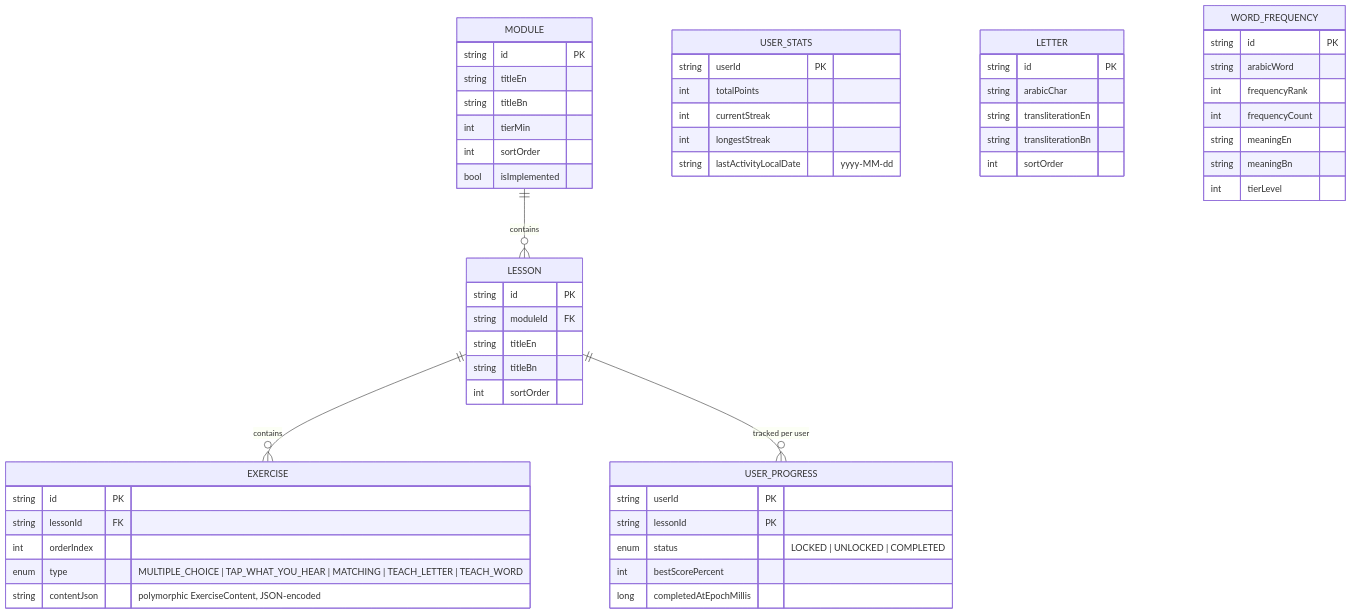
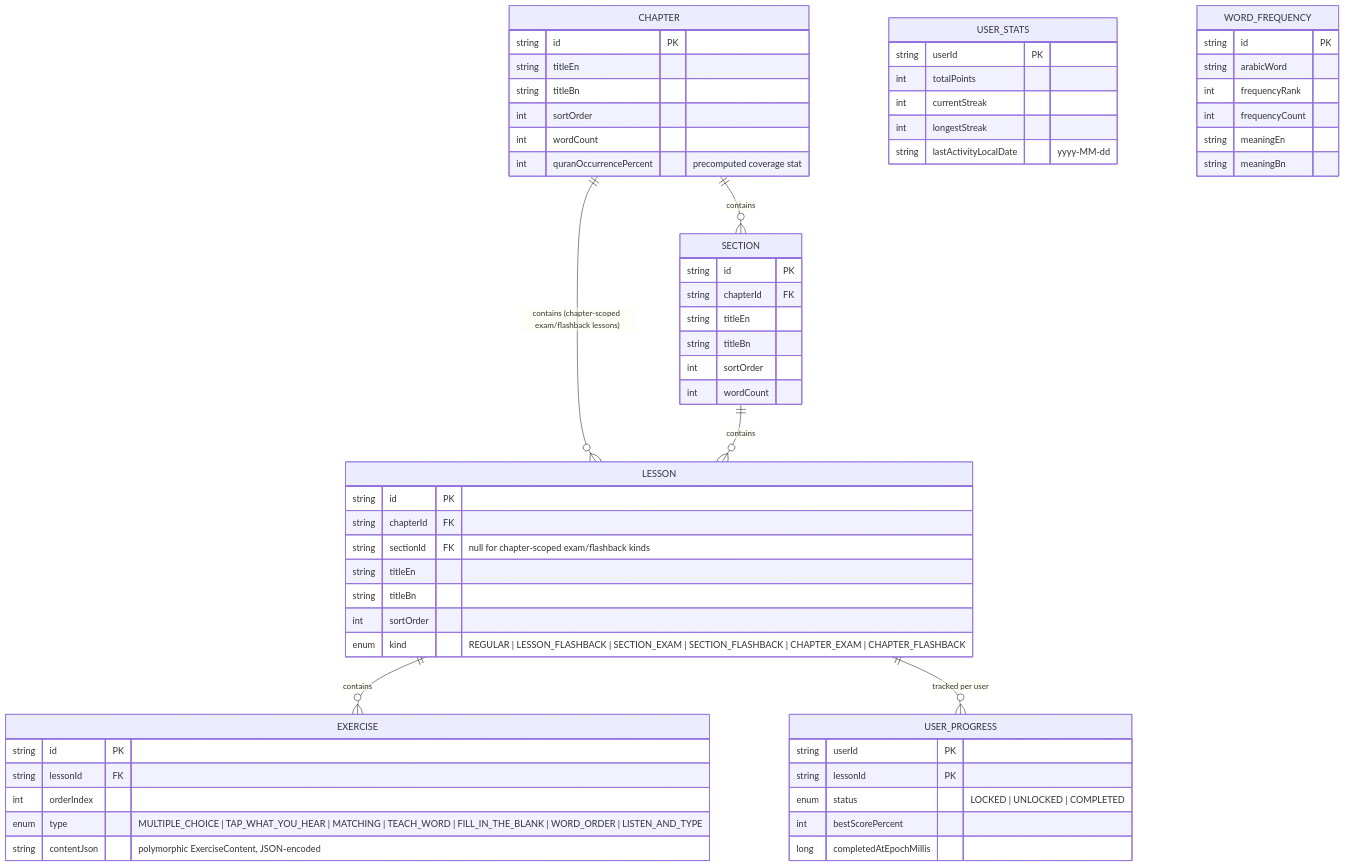
The first of 2 diagrams in docs/DATA_MODEL.md (deanybytes/QuranicWords), drawn with Mermaid before and after one commit. The commit also changed other lines of this file and 44 other files, not shown here.

First line of the commit message:
Rebrand as standalone project; restructure content into chapter/section/lesson tree

````diff
--- a/docs/DATA_MODEL.md
+++ b/docs/DATA_MODEL.md
@@ -7,58 +9,62 @@
 ```mermaid
 erDiagram
-    MODULE ||--o{ LESSON : contains
+    CHAPTER ||--o{ SECTION : contains
+    CHAPTER ||--o{ LESSON : "contains (chapter-scoped exam/flashback lessons)"
+    SECTION ||--o{ LESSON : contains
     LESSON ||--o{ EXERCISE : contains
     LESSON ||--o{ USER_PROGRESS : "tracked per user"
     USER_STATS {
         string userId PK
         int totalPoints
         int currentStreak
         int longestStreak
         string lastActivityLocalDate "yyyy-MM-dd"
     }
-    MODULE {
+    CHAPTER {
         string id PK
         string titleEn
         string titleBn
-        int tierMin
         int sortOrder
-        bool isImplemented
+        int wordCount
+        int quranOccurrencePercent "precomputed coverage stat"
+    }
+    SECTION {
+        string id PK
+        string chapterId FK
+        string titleEn
+        string titleBn
+        int sortOrder
+        int wordCount
     }
     LESSON {
         string id PK
-        string moduleId FK
+        string chapterId FK
+        string sectionId FK "null for chapter-scoped exam/flashback kinds"
         string titleEn
         string titleBn
         int sortOrder
+        enum kind "REGULAR | LESSON_FLASHBACK | SECTION_EXAM | SECTION_FLASHBACK | CHAPTER_EXAM | CHAPTER_FLASHBACK"
     }
     EXERCISE {
         string id PK
         string lessonId FK
         int orderIndex
-        enum type "MULTIPLE_CHOICE | TAP_WHAT_YOU_HEAR | MATCHING | TEACH_LETTER | TEACH_WORD"
+        enum type "MULTIPLE_CHOICE | TAP_WHAT_YOU_HEAR | MATCHING | TEACH_WORD | FILL_IN_THE_BLANK | WORD_ORDER | LISTEN_AND_TYPE"
         string contentJson "polymorphic ExerciseContent, JSON-encoded"
     }
     USER_PROGRESS {
         string userId PK
         string lessonId PK
         enum status "LOCKED | UNLOCKED | COMPLETED"
         int bestScorePercent
         long completedAtEpochMillis
     }
-    LETTER {
-        string id PK
-        string arabicChar
-        string transliterationEn
-        string transliterationBn
-        int sortOrder
-    }
     WORD_FREQUENCY {
         string id PK
         string arabicWord
         int frequencyRank
         int frequencyCount
         string meaningEn
         string meaningBn
-        int tierLevel
     }
 ```
````
